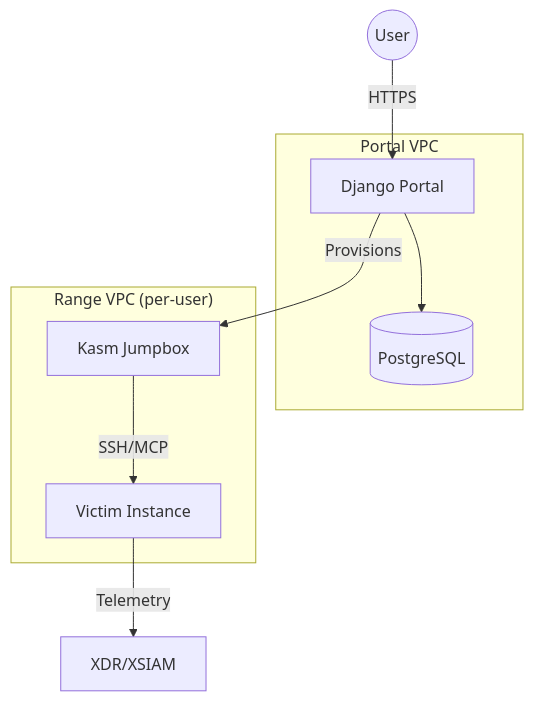
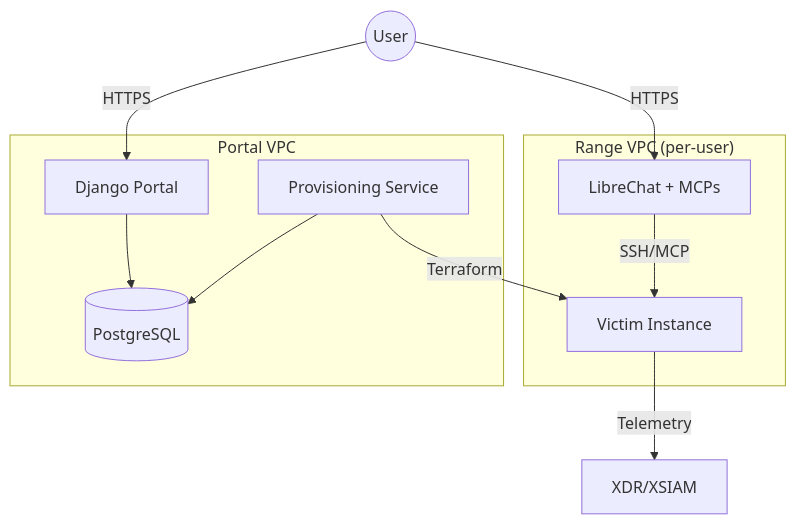
The first of 5 diagrams in docs/architecture.md (PaloAltoNetworks/shifter), drawn with Mermaid before and after one commit. The commit also changed other lines of this file and 5 other files, not shown here.

````diff
--- a/docs/architecture.md
+++ b/docs/architecture.md
@@ -10,18 +11,21 @@
 ```mermaid
 graph TB
     subgraph "Portal VPC"
         Portal[Django Portal]
         RDS[(PostgreSQL)]
+        Provisioner[Provisioning Service]
         Portal --> RDS
+        Provisioner --> RDS
     end
 
     subgraph "Range VPC (per-user)"
-        Kasm[Kasm Jumpbox]
+        LibreChat[LibreChat + MCPs]
         Victim[Victim Instance]
-        Kasm -->|SSH/MCP| Victim
+        LibreChat -->|SSH/MCP| Victim
     end
 
     User((User)) -->|HTTPS| Portal
-    Portal -->|Provisions| Kasm
+    User -->|HTTPS| LibreChat
+    Provisioner -->|Terraform| Victim
     Victim -->|Telemetry| XDR[XDR/XSIAM]
 ```
````
